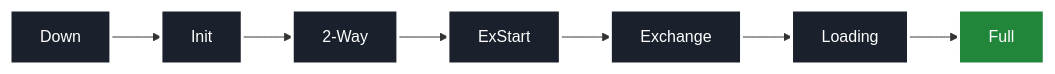
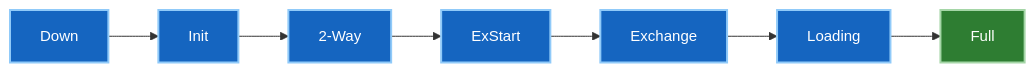
Before and after one commit to etherhtun/netforge-labs: the diagram in docs/courses/00-igp-fundamentals/02-ospf.md, drawn with Mermaid. The commit also changed 1 other file, not shown here.

Commit message:
fix: make Phase 0 diagrams readable in dark mode (measured, not guessed)
The previous fill (#1a202c) measured a contrast ratio of 1.15 against the dark
page background (#0b1120) — the boxes were effectively invisible. Earlier
attempts guessed at colours instead of measuring them; this one is measured.

Contrast ratios (white text on box / box vs light page / box vs dark page):
  #1a202c (was)  16.32 / 16.32 / 1.15   <- box vanishes on dark
  #1565c0 (now)   5.75 /  5.75 / 3.28   <- readable on both
  #2e7d32 (now)   5.13 /  5.13 / 3.67   <- readable on both

Uses the design-system palette already documented in CLAUDE.md (spine blue,
leaf green), which are mid-tones and therefore contrast against both the white
and dark-navy page backgrounds. Light stroke colours give edge definition.

Verified in-browser that Mermaid applies both classDef fill and color under
Material's theming, in both schemes.

````diff
--- a/docs/courses/00-igp-fundamentals/02-ospf.md
+++ b/docs/courses/00-igp-fundamentals/02-ospf.md
@@ -87,7 +87,7 @@
 ```mermaid
 graph LR
     D["Down"] --> I["Init"] --> T["2-Way"] --> E["ExStart"] --> X["Exchange"] --> L["Loading"] --> F["Full"]
-    classDef progress fill:#1a202c,stroke:#ffffff,color:#ffffff,stroke-width:3px,font-size:16px;
-    classDef working fill:#22863a,stroke:#ffffff,color:#ffffff,stroke-width:3px,font-size:16px;
+    classDef progress fill:#1565c0,stroke:#90caf9,color:#ffffff,stroke-width:2px,font-size:15px;
+    classDef working fill:#2e7d32,stroke:#a5d6a7,color:#ffffff,stroke-width:2px,font-size:15px;
     class D,I,T,E,X,L progress; class F working;
 ```
````
